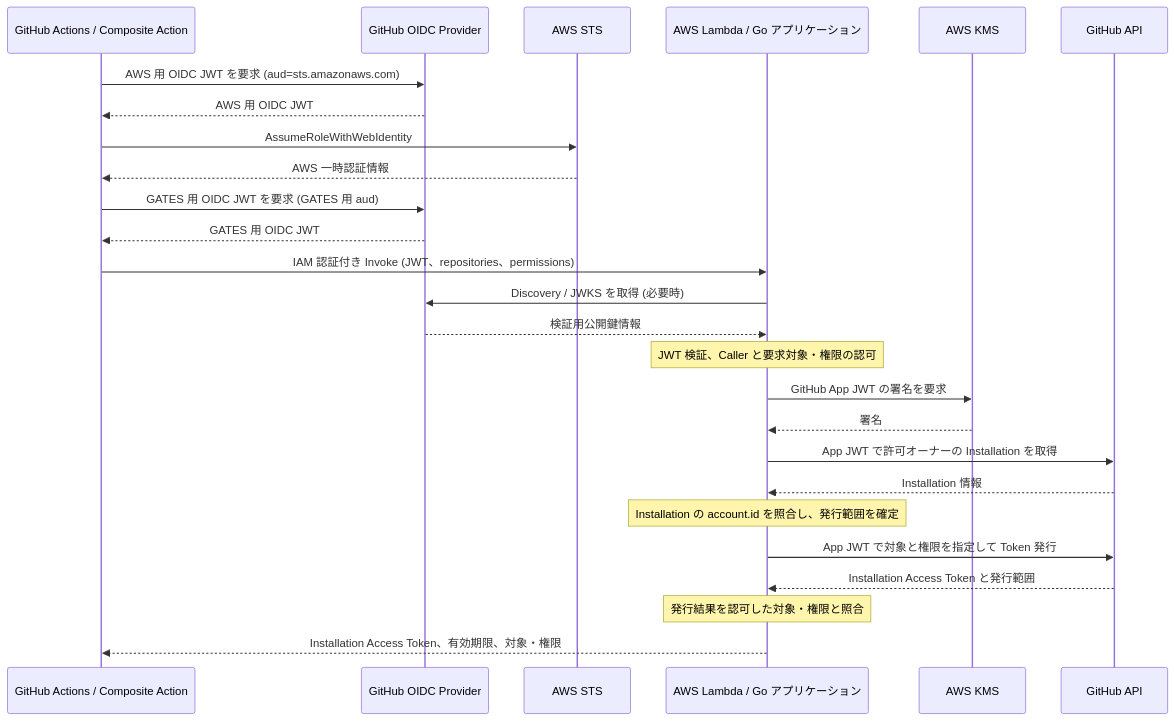
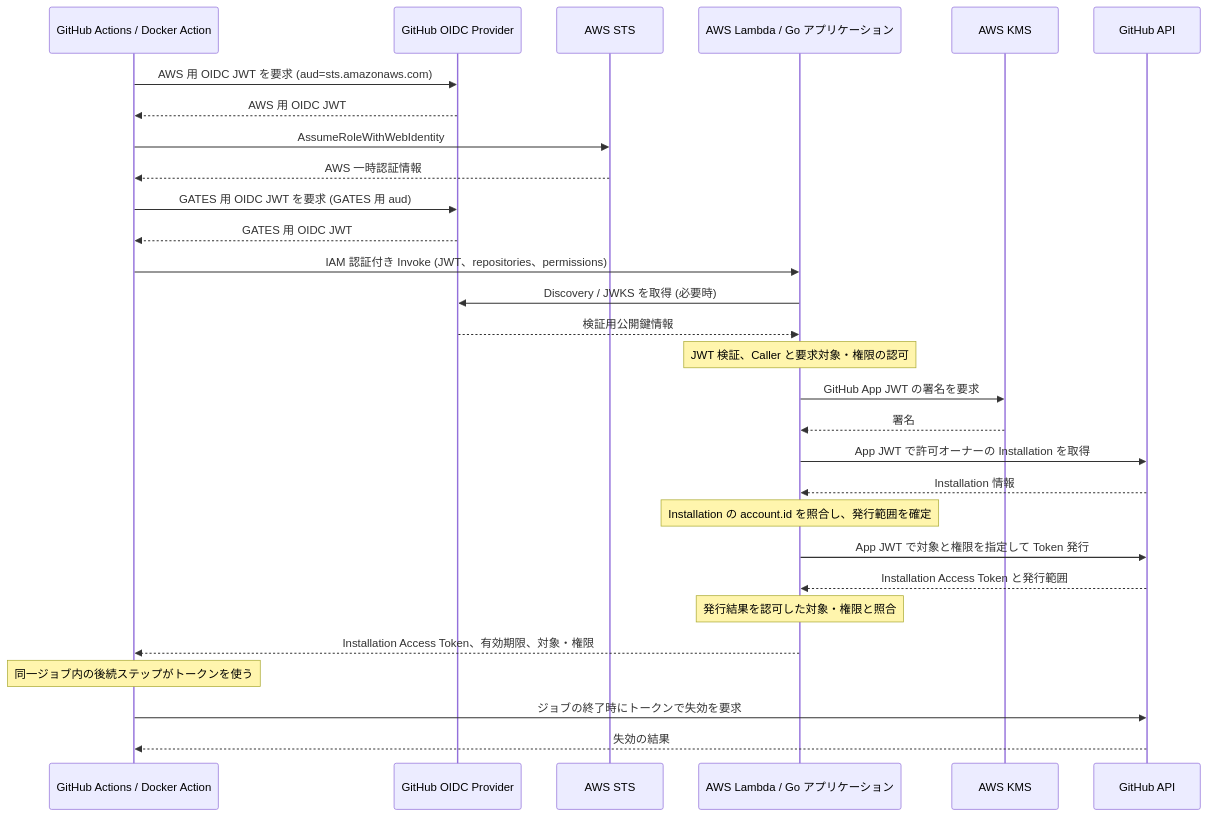
Before and after one commit to tmknom/gates: the second of 2 diagrams in docs/design/architecture.md, drawn with Mermaid. The commit also changed other lines of this file and 10 other files, not shown here.

First line of the commit message:
docs(design): replace composite action with go docker action

````diff
--- a/docs/design/architecture.md
+++ b/docs/design/architecture.md
@@ -68,28 +69,31 @@
 ```mermaid
 sequenceDiagram
-  participant A as GitHub Actions / Composite Action
+  participant A as GitHub Actions / Docker Action
   participant O as GitHub OIDC Provider
   participant S as AWS STS
   participant L as AWS Lambda / Go アプリケーション
   participant K as AWS KMS
   participant G as GitHub API
   A->>O: AWS 用 OIDC JWT を要求 (aud=sts.amazonaws.com)
   O-->>A: AWS 用 OIDC JWT
   A->>S: AssumeRoleWithWebIdentity
   S-->>A: AWS 一時認証情報
   A->>O: GATES 用 OIDC JWT を要求 (GATES 用 aud)
   O-->>A: GATES 用 OIDC JWT
   A->>L: IAM 認証付き Invoke (JWT、repositories、permissions)
   L->>O: Discovery / JWKS を取得 (必要時)
   O-->>L: 検証用公開鍵情報
   Note over L: JWT 検証、Caller と要求対象・権限の認可
   L->>K: GitHub App JWT の署名を要求
   K-->>L: 署名
   L->>G: App JWT で許可オーナーの Installation を取得
   G-->>L: Installation 情報
   Note over L: Installation の account.id を照合し、発行範囲を確定
   L->>G: App JWT で対象と権限を指定して Token 発行
   G-->>L: Installation Access Token と発行範囲
   Note over L: 発行結果を認可した対象・権限と照合
   L-->>A: Installation Access Token、有効期限、対象・権限
+  Note over A: 同一ジョブ内の後続ステップがトークンを使う
+  A->>G: ジョブの終了時にトークンで失効を要求
+  G-->>A: 失効の結果
 ```
````
